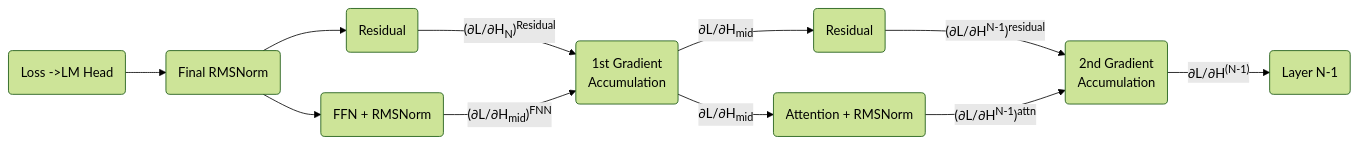
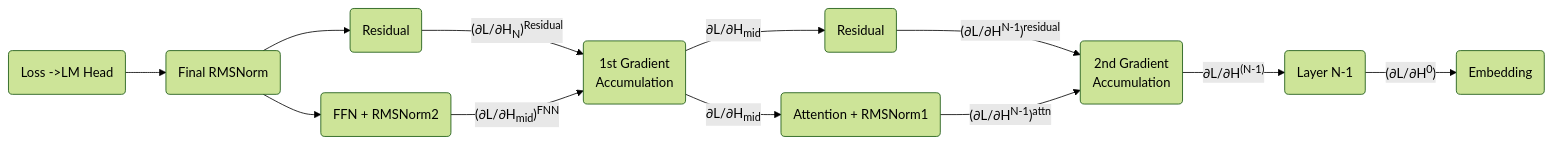
The diagram in docs/llm-essential-backward-pass.md (ChrisZhu2050/chriszhu2050.github.io), drawn with Mermaid (forest theme) before and after one commit. The commit also changed other lines of this file and 2 other files, not shown here.

````diff
--- a/docs/llm-essential-backward-pass.md
+++ b/docs/llm-essential-backward-pass.md
@@ -8,30 +8,32 @@
   ```mermaid
         flowchart LR
 
           a("Loss ->LM Head")
           c1("Final RMSNorm")
           b1("Residual")
-          d("FFN + RMSNorm")
+          d("FFN + RMSNorm2")
           d1("1st Gradient 
           Accumulation")
-          e("Attention + RMSNorm")  
+          e("Attention + RMSNorm1")  
           e1("Residual") 
           f("2nd Gradient
            Accumulation")
           g("Layer N-1")
+          h("Embedding")
         
         a --> c1
         c1 --> d
         c1 --> b1
         b1 -- (∂L/∂H<sub>N</sub>)<sup>Residual</sup>--> d1
         d --(∂L/∂H<sub>mid</sub>)<sup>FNN</sup>--> d1
         d1 --∂L/∂H<sub>mid</sub> --> e1
         d1 --∂L/∂H<sub>mid</sub>--> e
         e1 -- (∂L/∂H<sup>N-1</sup>)<sup>residual</sup>--> f
         e -- (∂L/∂H<sup>N-1</sup>)<sup>attn</sup>--> f
         f --∂L/∂H<sup>(N-1)</sup>--> g
+        g--(∂L/∂H<sup>0</sup>)-->h
 
 
         
 
   ```  
````
